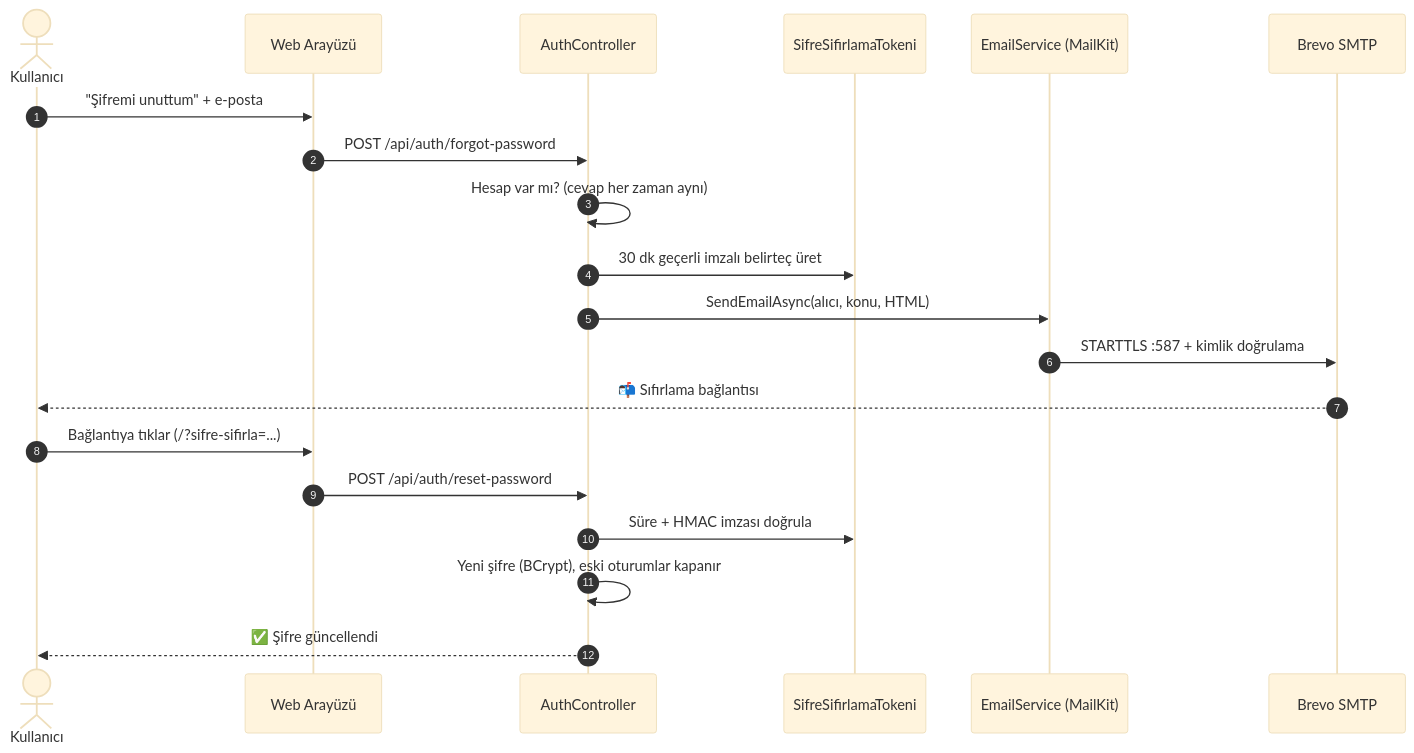
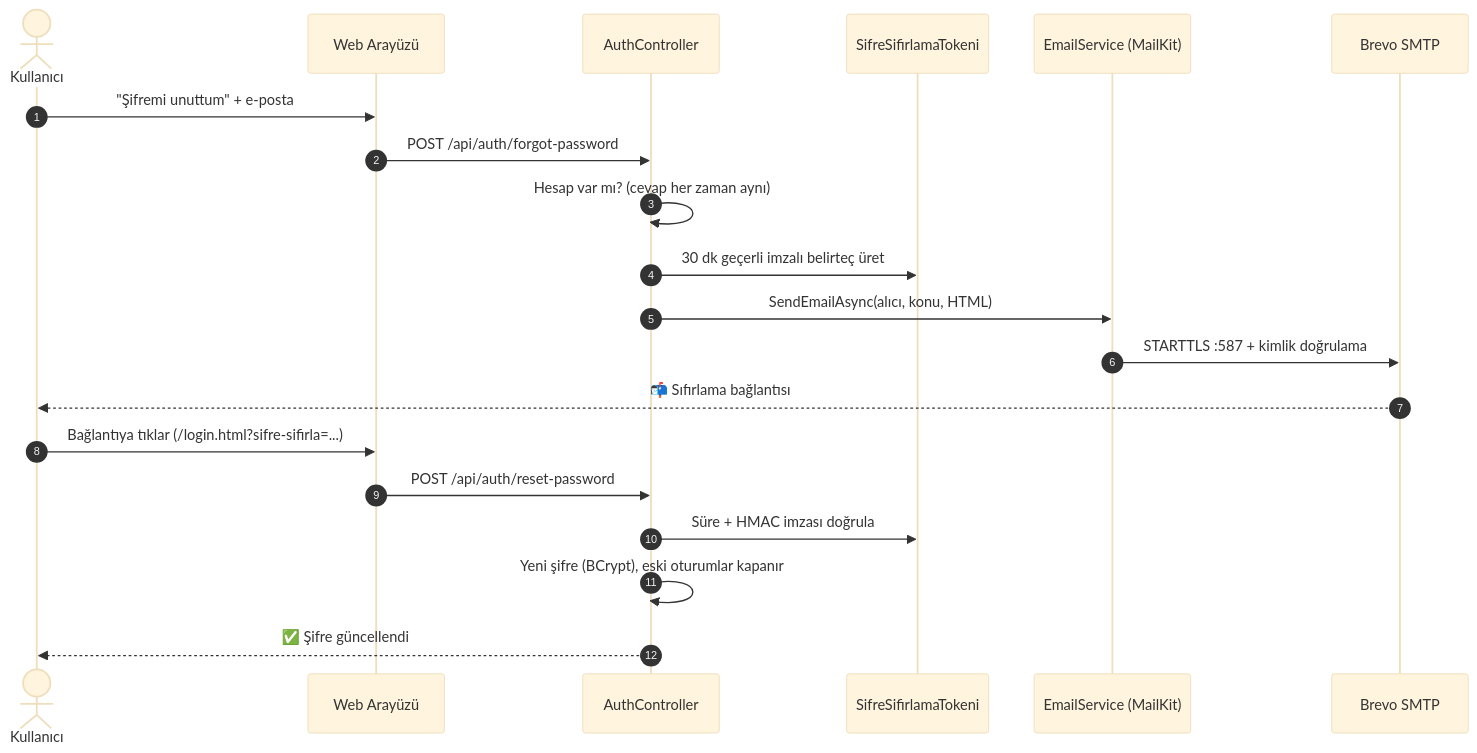
The fourth of 6 diagrams in README.md (jagwey/manga-web), drawn with Mermaid (base theme) before and after one commit. The commit also changed other lines of this file and 5 other files, not shown here.

````diff
--- a/README.md
+++ b/README.md
@@ -175,23 +175,23 @@
 ```mermaid
 sequenceDiagram
     autonumber
     actor K as Kullanıcı
     participant W as Web Arayüzü
     participant A as AuthController
     participant T as SifreSifirlamaTokeni
     participant E as EmailService (MailKit)
     participant B as Brevo SMTP
 
     K->>W: "Şifremi unuttum" + e-posta
     W->>A: POST /api/auth/forgot-password
     A->>A: Hesap var mı? (cevap her zaman aynı)
     A->>T: 30 dk geçerli imzalı belirteç üret
     A->>E: SendEmailAsync(alıcı, konu, HTML)
     E->>B: STARTTLS :587 + kimlik doğrulama
     B-->>K: 📬 Sıfırlama bağlantısı
-    K->>W: Bağlantıya tıklar (/?sifre-sifirla=...)
+    K->>W: Bağlantıya tıklar (/login.html?sifre-sifirla=...)
     W->>A: POST /api/auth/reset-password
     A->>T: Süre + HMAC imzası doğrula
     A->>A: Yeni şifre (BCrypt), eski oturumlar kapanır
     A-->>K: ✅ Şifre güncellendi
 ```
````
